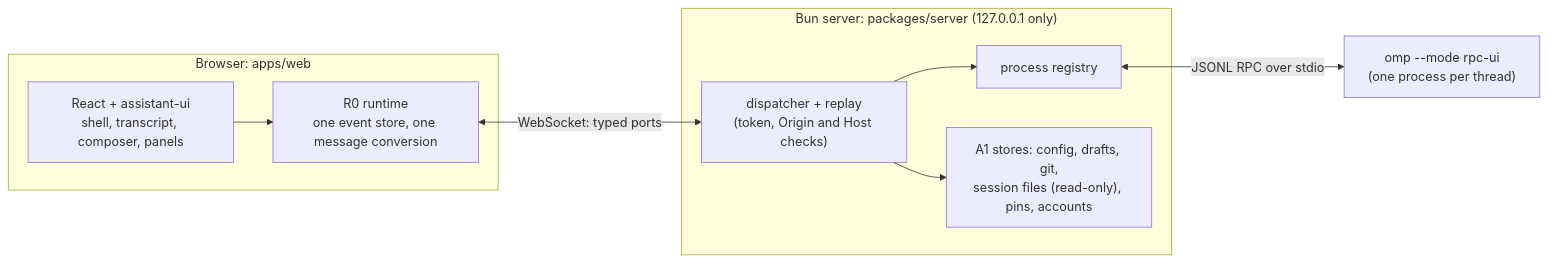
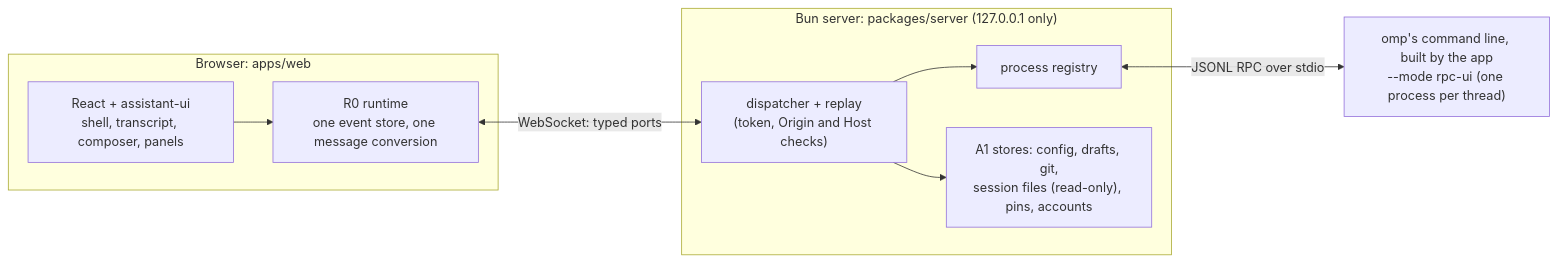
The diagram in README.md (BarryTheShen/omp-app), drawn with Mermaid before and after one commit. The commit also changed other lines of this file and 43 other files, not shown here.

First line of the commit message:
SDK plan H1a: every chat runs the app's own build of omp's command line, and the packages ship it (#2687) (#2688)

````diff
--- a/README.md
+++ b/README.md
@@ -80,17 +80,17 @@
 ```mermaid
 flowchart LR
   subgraph Browser["Browser: apps/web"]
     UI["React + assistant-ui<br/>shell, transcript, composer, panels"]
     R0["R0 runtime<br/>one event store, one message conversion"]
     UI --> R0
   end
   subgraph Server["Bun server: packages/server (127.0.0.1 only)"]
     D["dispatcher + replay<br/>(token, Origin and Host checks)"]
     P["process registry"]
     S["A1 stores: config, drafts, git,<br/>session files (read-only), pins, accounts"]
     D --> P
     D --> S
   end
   R0 <-->|"WebSocket: typed ports"| D
-  P <-->|"JSONL RPC over stdio"| O["omp --mode rpc-ui<br/>(one process per thread)"]
+  P <-->|"JSONL RPC over stdio"| O["omp's command line, built by the app<br/>--mode rpc-ui (one process per thread)"]
 ```
````
